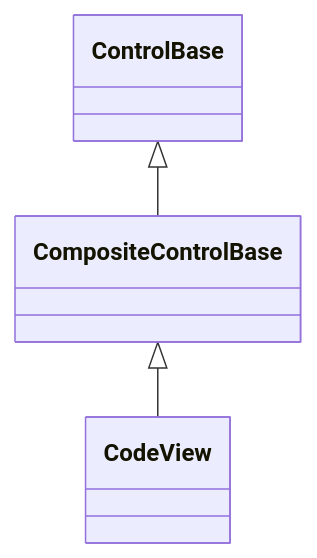
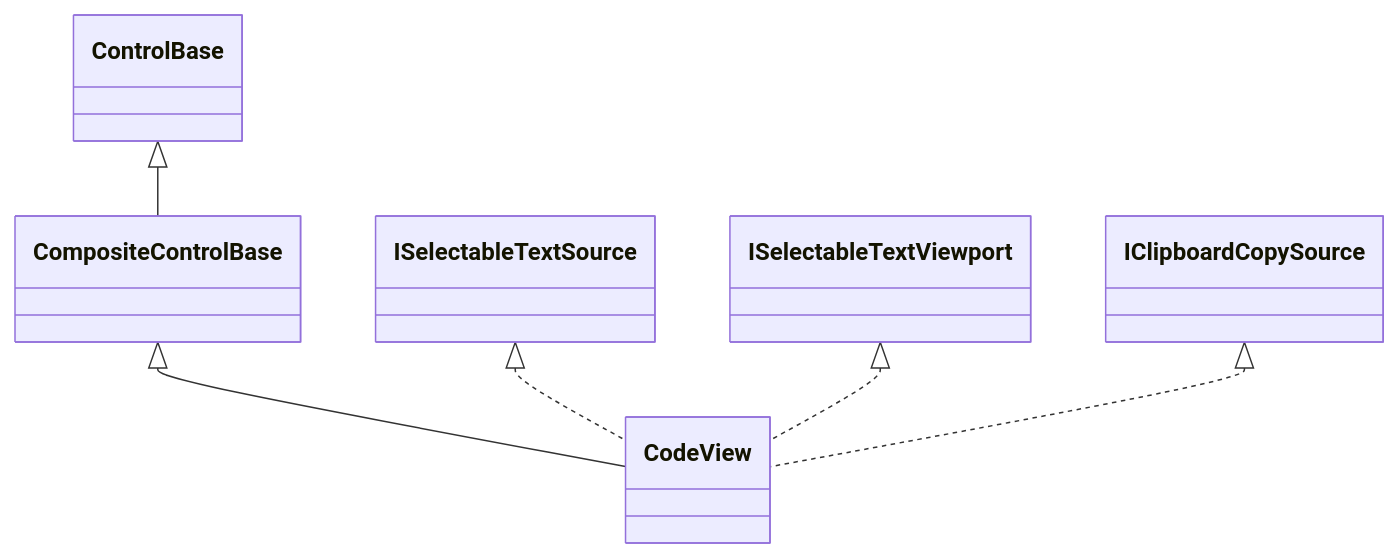
The diagram in docs/controls/display/code-view.md (pavkam/sharp-vision), drawn with Mermaid before and after one commit. The commit also changed other lines of this file and 63 other files, not shown here.

````diff
--- a/docs/controls/display/code-view.md
+++ b/docs/controls/display/code-view.md
@@ -16,5 +20,8 @@
 ```mermaid
 classDiagram
     ControlBase <|-- CompositeControlBase
     CompositeControlBase <|-- CodeView
+    ISelectableTextSource <|.. CodeView
+    ISelectableTextViewport <|.. CodeView
+    IClipboardCopySource <|.. CodeView
 ```
````
